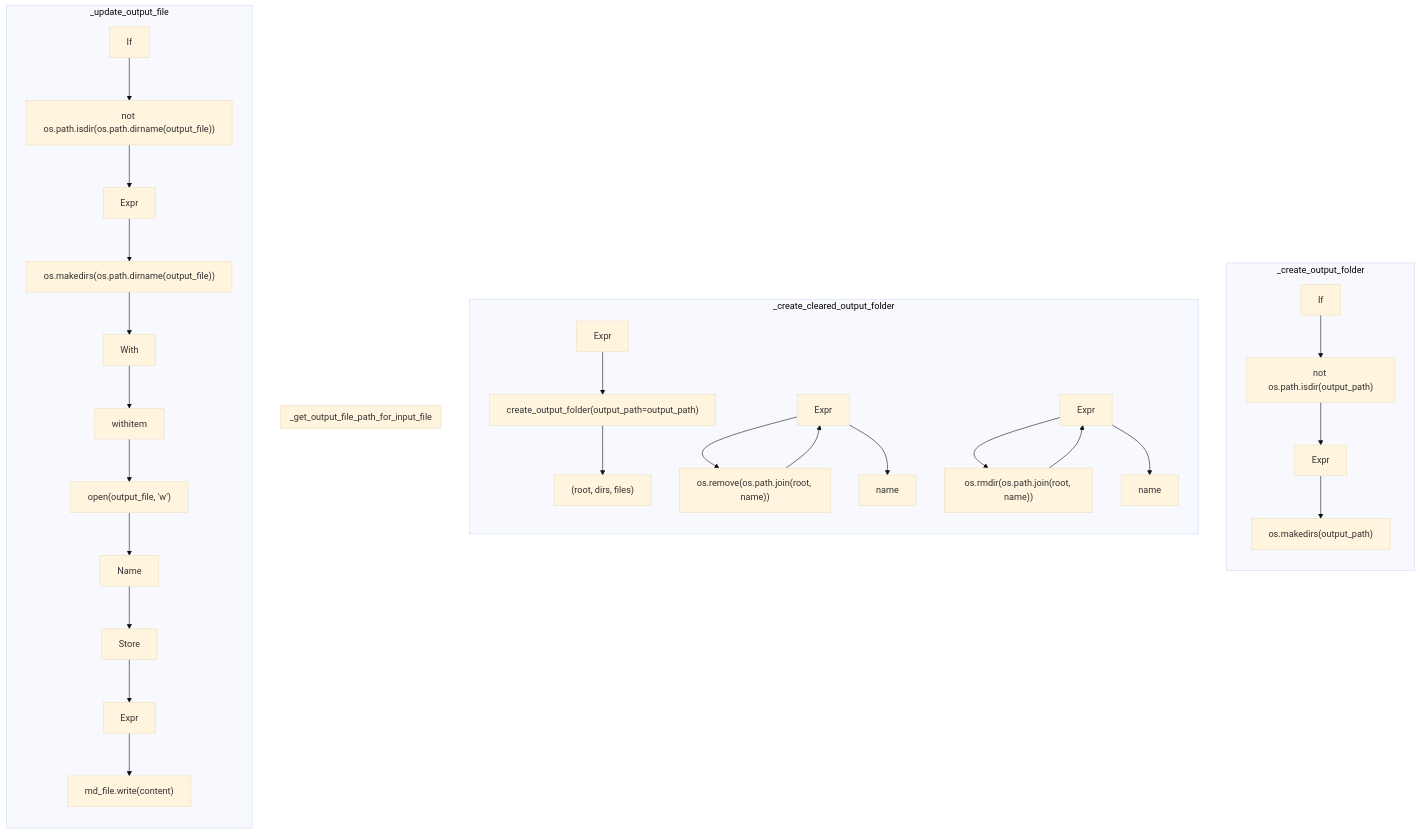
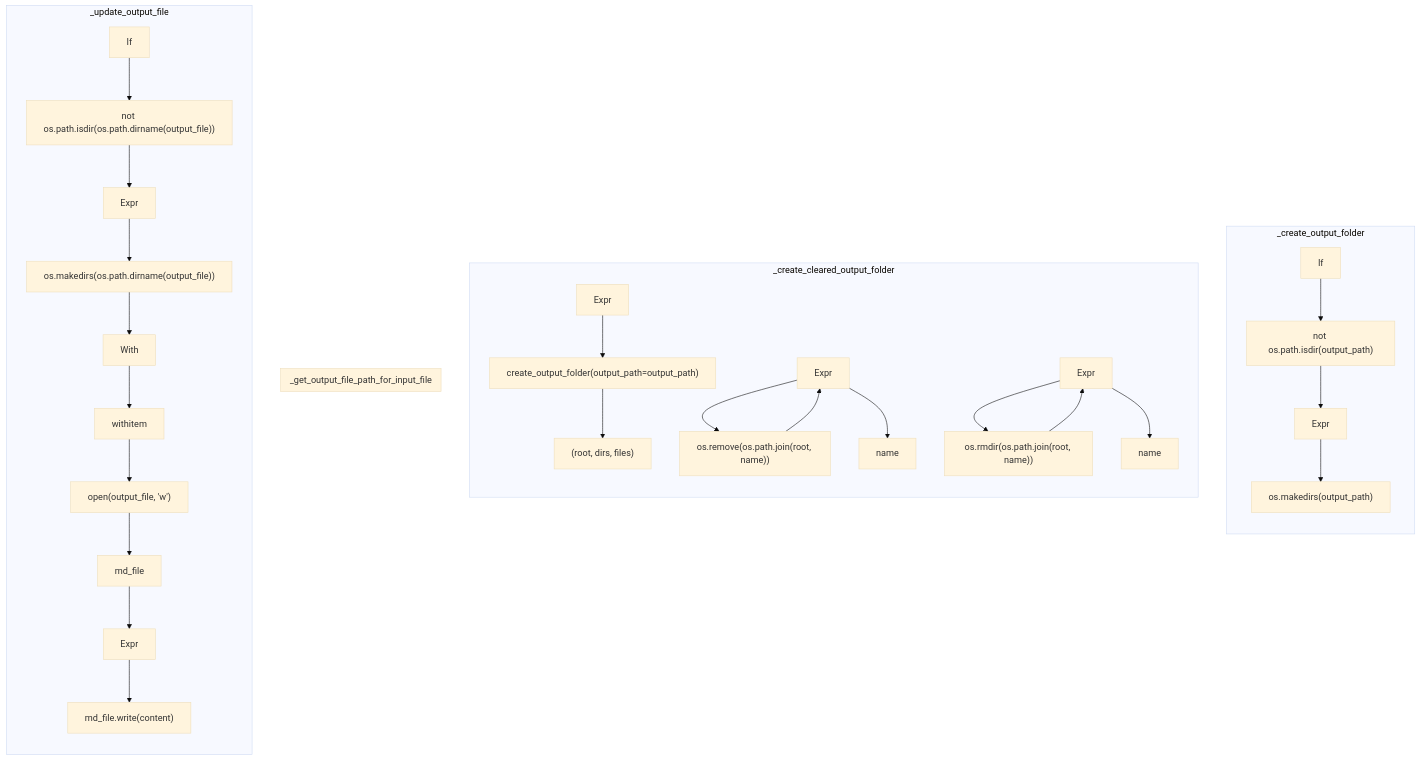
Before and after one commit to MichaelReel/pyremaid: the diagram in docs/pyremaid/files/destination.py.md, drawn with Mermaid (base theme). The commit also changed other lines of this file and 15 other files, not shown here.

````diff
--- a/docs/pyremaid/files/destination.py.md
+++ b/docs/pyremaid/files/destination.py.md
@@ -8,68 +8,66 @@
 ```mermaid
 flowchart TB
-  _f81_n373["If"]
-  _f81_n374["not os.path.isdir(output_path)"]
-  _f81_n375["Expr"]
-  _f81_n376["os.makedirs(output_path)"]
-  _f82_n377["Expr"]
-  _f82_n378["create_output_folder(output_path=output_path)"]
-  _f82_l83["(root, dirs, files)"]
-  _f82_l83_l84_n379["Expr"]
-  _f82_l83_l84_n380["os.remove(os.path.join(root, name))"]
-  _f82_l83_l85["name"]
-  _f82_l83_l85_n381["Expr"]
-  _f82_l83_l85_n382["os.rmdir(os.path.join(root, name))"]
-  _f82_l83_l84["name"]
-  _f87_n384["If"]
-  _f87_n385["not os.path.isdir(os.path.dirname(output_file))"]
-  _f87_n386["Expr"]
-  _f87_n387["os.makedirs(os.path.dirname(output_file))"]
-  _f87_n388["With"]
-  _f87_n389["withitem"]
-  _f87_n390["open(output_file, 'w')"]
-  _f87_n391["Name"]
-  _f87_n392["Store"]
-  _f87_n393["Expr"]
-  _f87_n394["md_file.write(content)"]
+  _f37_n133["If"]
+  _f37_n134["not os.path.isdir(output_path)"]
+  _f37_n135["Expr"]
+  _f37_n136["os.makedirs(output_path)"]
+  _f38_n137["Expr"]
+  _f38_n138["create_output_folder(output_path=output_path)"]
+  _f38_l39["(root, dirs, files)"]
+  _f38_l39_l40_n139["Expr"]
+  _f38_l39_l40_n140["os.remove(os.path.join(root, name))"]
+  _f38_l39_l41["name"]
+  _f38_l39_l41_n141["Expr"]
+  _f38_l39_l41_n142["os.rmdir(os.path.join(root, name))"]
+  _f38_l39_l40["name"]
+  _f43_n144["If"]
+  _f43_n145["not os.path.isdir(os.path.dirname(output_file))"]
+  _f43_n146["Expr"]
+  _f43_n147["os.makedirs(os.path.dirname(output_file))"]
+  _f43_n148["With"]
+  _f43_n149["withitem"]
+  _f43_n150["open(output_file, 'w')"]
+  _f43_n151["md_file"]
+  _f43_n152["Expr"]
+  _f43_n153["md_file.write(content)"]
 
   subgraph _create_output_folder
     direction TB
-    _f81_n373 --> _f81_n374
-    _f81_n374 --> _f81_n375
-    _f81_n375 --> _f81_n376
+    _f37_n133 --> _f37_n134
+    _f37_n134 --> _f37_n135
+    _f37_n135 --> _f37_n136
   end
   subgraph _create_cleared_output_folder
     direction TB
-    _f82_n377 --> _f82_n378
-    _f82_n378 --> _f82_l83
+    _f38_n137 --> _f38_n138
+    _f38_n138 --> _f38_l39
     %% loop (root, dirs, files)
       %% loop name
-        _f82_l83_l84_n379 --> _f82_l83_l84_n380
+        _f38_l39_l40_n139 --> _f38_l39_l40_n140
       %% end name
-      _f82_l83_l84_n380 --> _f82_l83_l84_n379
-      _f82_l83_l84_n379 --> _f82_l83_l85
+      _f38_l39_l40_n140 --> _f38_l39_l40_n139
+      _f38_l39_l40_n139 --> _f38_l39_l41
       %% loop name
-        _f82_l83_l85_n381 --> _f82_l83_l85_n382
+        _f38_l39_l41_n141 --> _f38_l39_l41_n142
       %% end name
-      _f82_l83_l85_n382 --> _f82_l83_l85_n381
+      _f38_l39_l41_n142 --> _f38_l39_l41_n141
     %% end (root, dirs, files)
-    _f82_l83_l85_n381 --> _f82_l83_l84
+    _f38_l39_l41_n141 --> _f38_l39_l40
   end
   subgraph _get_output_file_path_for_input_file
     direction TB
   end
   subgraph _update_output_file
     direction TB
-    _f87_n384 --> _f87_n385
-    _f87_n385 --> _f87_n386
-    _f87_n386 --> _f87_n387
-    _f87_n387 --> _f87_n388
-    _f87_n388 --> _f87_n389
-    _f87_n389 --> _f87_n390
-    _f87_n390 --> _f87_n391
-    _f87_n391 --> _f87_n392
-    _f87_n392 --> _f87_n393
-    _f87_n393 --> _f87_n394
+    _f43_n144 --> _f43_n145
+    _f43_n145 --> _f43_n146
+    _f43_n146 --> _f43_n147
+    _f43_n147 --> _f43_n148
+    _f43_n148 --> _f43_n149
+    _f43_n149 --> _f43_n150
+    _f43_n150 --> _f43_n151
+    _f43_n151 --> _f43_n152
+    _f43_n152 --> _f43_n153
   end
 
 ```
````
